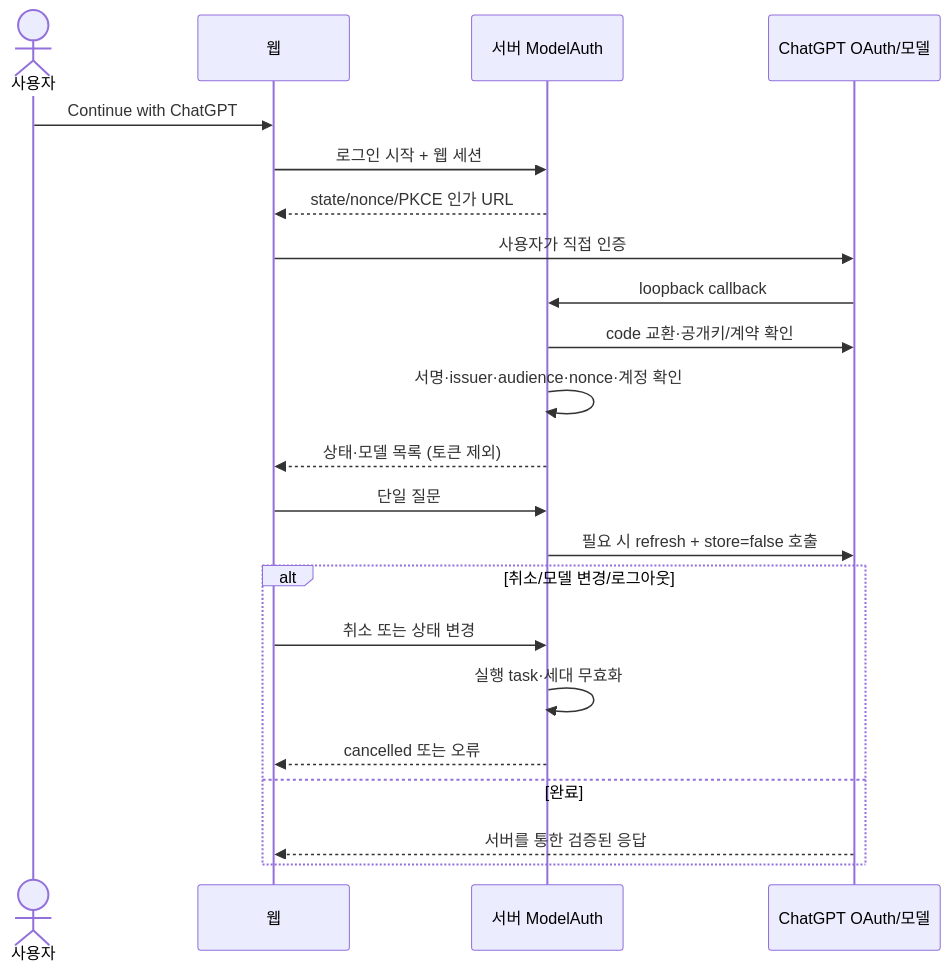
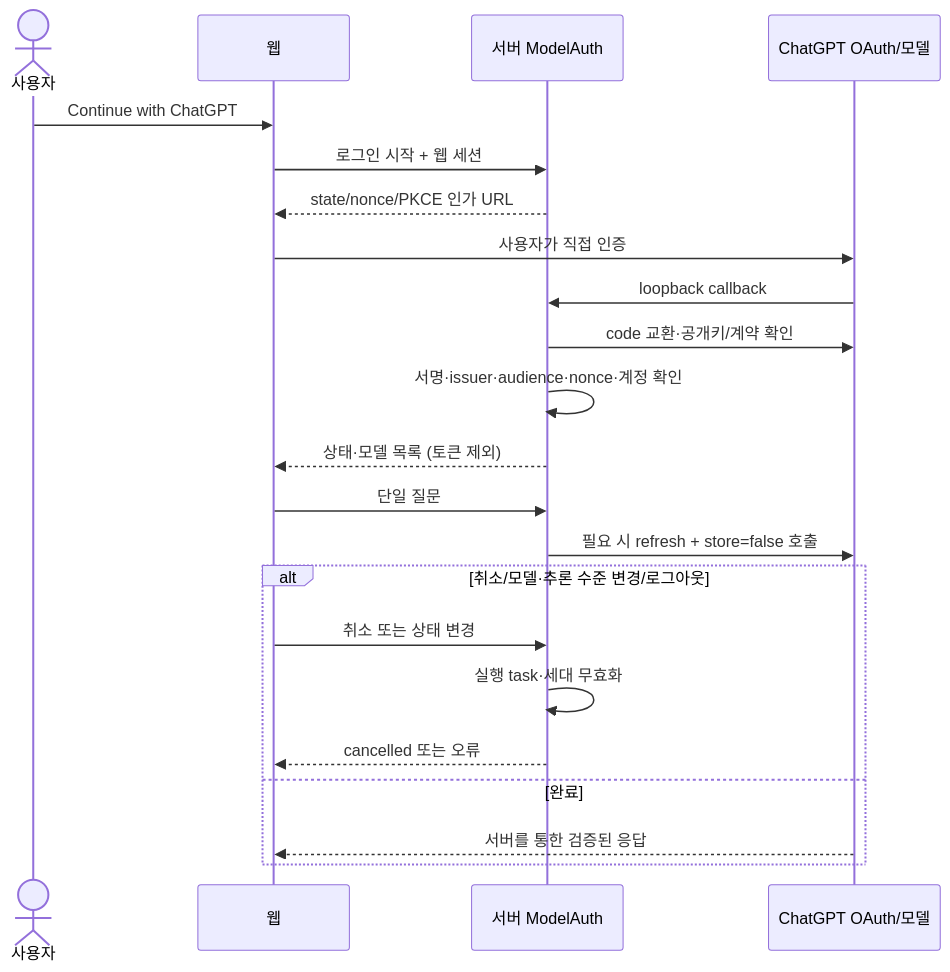
The fifth of 5 diagrams in docs/architecture/runtime-flows.md (jhpark324/cache-me-if-you-can), drawn with Mermaid before and after one commit. The commit also changed other lines of this file and 14 other files, not shown here.

````diff
--- a/docs/architecture/runtime-flows.md
+++ b/docs/architecture/runtime-flows.md
@@ -125,24 +125,24 @@
 ```mermaid
 sequenceDiagram
     actor User as 사용자
     participant Web as 웹
     participant Auth as 서버 ModelAuth
     participant Provider as ChatGPT OAuth/모델
     User->>Web: Continue with ChatGPT
     Web->>Auth: 로그인 시작 + 웹 세션
     Auth-->>Web: state/nonce/PKCE 인가 URL
     Web->>Provider: 사용자가 직접 인증
     Provider->>Auth: loopback callback
     Auth->>Provider: code 교환·공개키/계약 확인
     Auth->>Auth: 서명·issuer·audience·nonce·계정 확인
     Auth-->>Web: 상태·모델 목록 (토큰 제외)
     Web->>Auth: 단일 질문
     Auth->>Provider: 필요 시 refresh + store=false 호출
-    alt 취소/모델 변경/로그아웃
+    alt 취소/모델·추론 수준 변경/로그아웃
       Web->>Auth: 취소 또는 상태 변경
       Auth->>Auth: 실행 task·세대 무효화
       Auth-->>Web: cancelled 또는 오류
     else 완료
       Provider-->>Web: 서버를 통한 검증된 응답
     end
 ```
````
